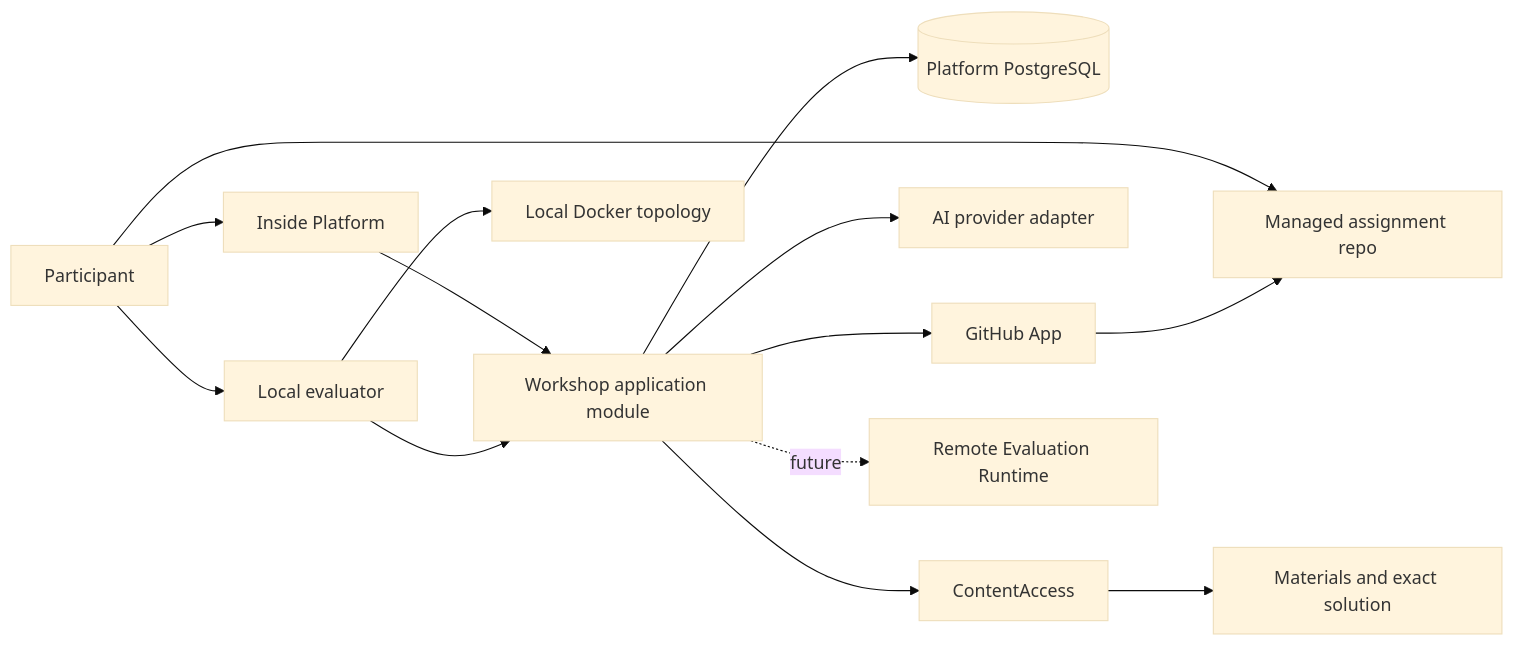
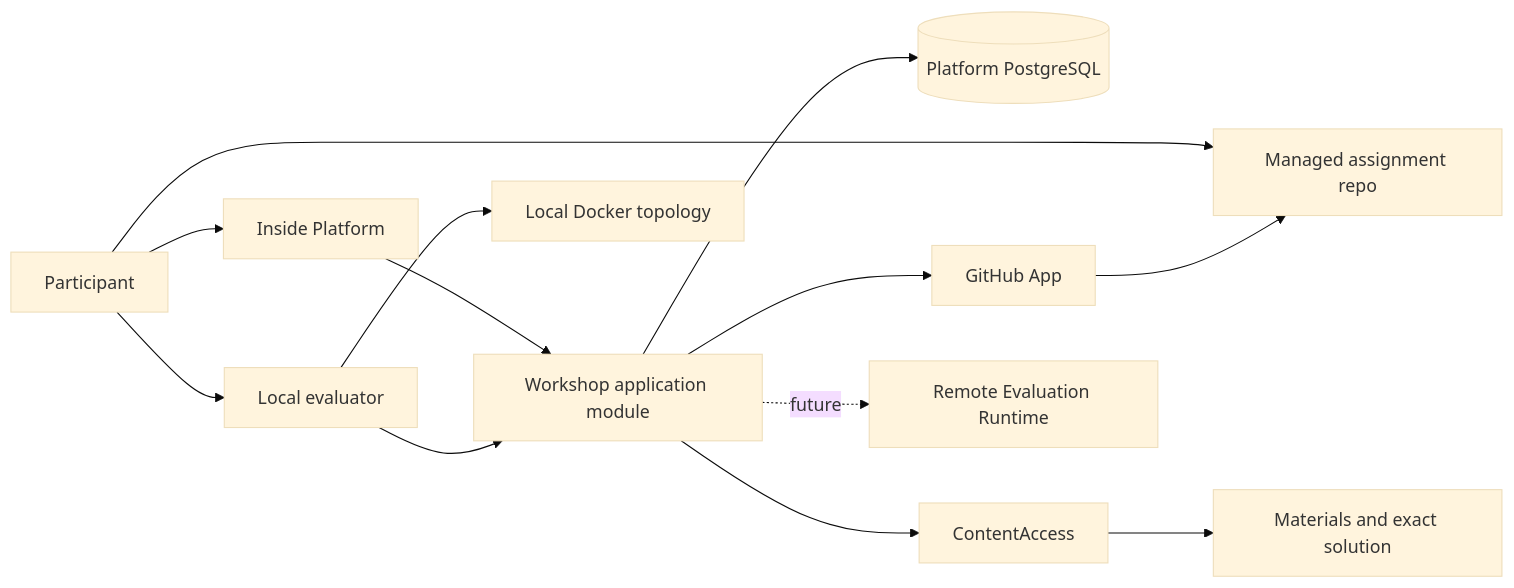
The diagram in docs/specifications/production-workshop-v1.md (sachkov-inside/workspace), drawn with Mermaid (base theme) before and after one commit. The commit also changed other lines of this file and 1 other file, not shown here.

First line of the commit message:
docs: simplify Workshop V1 to tests-only evaluation (#104)

````diff
--- a/docs/specifications/production-workshop-v1.md
+++ b/docs/specifications/production-workshop-v1.md
@@ -480,18 +479,17 @@
 ```mermaid
 flowchart LR
     Learner[Participant] --> Web[Inside Platform]
     Web --> Workshop[Workshop application module]
     Workshop --> PDB[(Platform PostgreSQL)]
     Workshop --> GH[GitHub App]
-    Workshop --> AI[AI provider adapter]
     Workshop --> CA[ContentAccess]
     CA --> Materials[Materials and exact solution]
 
     Learner --> Repo[Managed assignment repo]
     Learner --> Local[Local evaluator]
     Local --> Docker[Local Docker topology]
     Local --> Workshop
     GH --> Repo
 
     Workshop -. future .-> Remote[Remote Evaluation Runtime]
 ```
````
